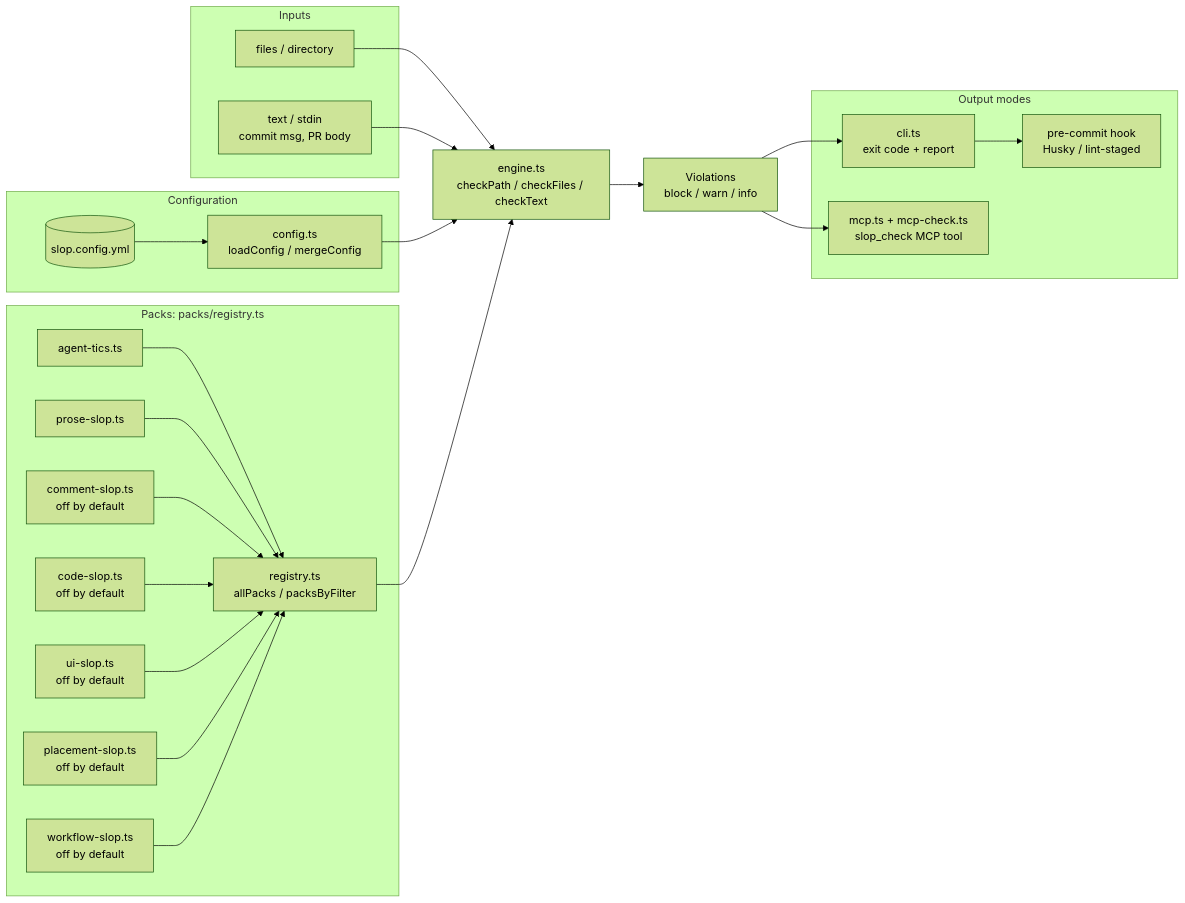
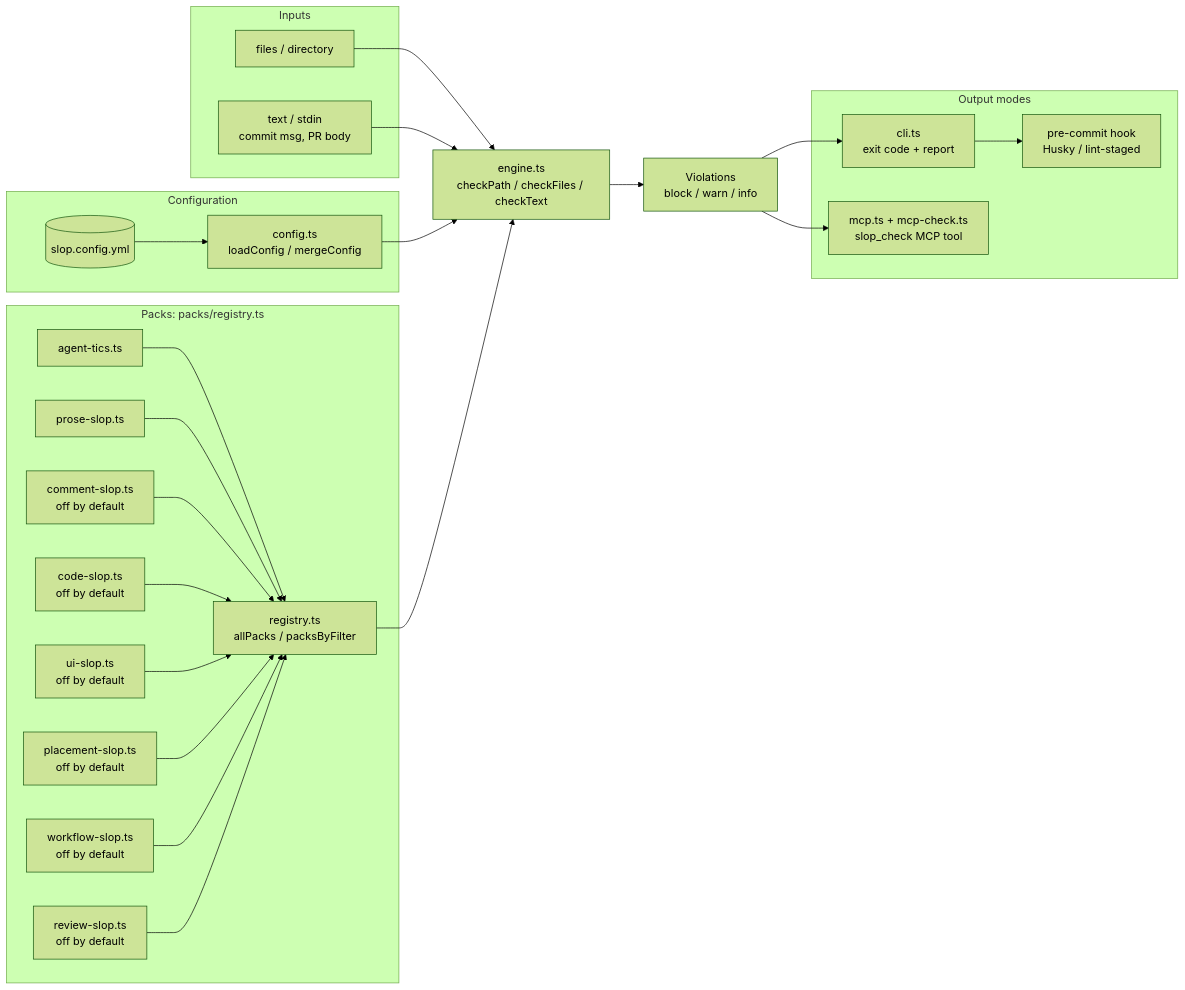
The diagram in packages/slop-detector/README.md (LanNguyenSi/agent-dx), drawn with Mermaid (forest theme) before and after one commit. The commit also changed other lines of this file and 24 other files, not shown here.

First line of the commit message:
feat(slop-detector): review-slop pack for run-local review tokens, with the implementer pre-return check

````diff
--- a/packages/slop-detector/README.md
+++ b/packages/slop-detector/README.md
@@ -435,49 +546,51 @@
 ```mermaid
 flowchart LR
     subgraph In["Inputs"]
         A["files / directory"]
         B["text / stdin<br/>commit msg, PR body"]
     end
 
     subgraph Cfg["Configuration"]
         C[("slop.config.yml")]
         D["config.ts<br/>loadConfig / mergeConfig"]
     end
 
     subgraph Packs["Packs: packs/registry.ts"]
         E["registry.ts<br/>allPacks / packsByFilter"]
         F["agent-tics.ts"]
         G["prose-slop.ts"]
         H["comment-slop.ts<br/>off by default"]
         I["code-slop.ts<br/>off by default"]
         J["ui-slop.ts<br/>off by default"]
         P["placement-slop.ts<br/>off by default"]
         W["workflow-slop.ts<br/>off by default"]
+        RV["review-slop.ts<br/>off by default"]
     end
 
     K["engine.ts<br/>checkPath / checkFiles / checkText"]
     L["Violations<br/>block / warn / info"]
 
     subgraph Out["Output modes"]
         M["cli.ts<br/>exit code + report"]
         N["mcp.ts + mcp-check.ts<br/>slop_check MCP tool"]
         O["pre-commit hook<br/>Husky / lint-staged"]
     end
 
     A --> K
     B --> K
     C --> D
     D --> K
     F --> E
     G --> E
     H --> E
     I --> E
     J --> E
     P --> E
     W --> E
+    RV --> E
     E --> K
     K --> L
     L --> M
     L --> N
     M --> O
 ```
````
